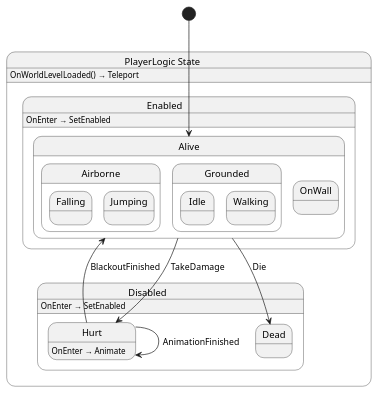
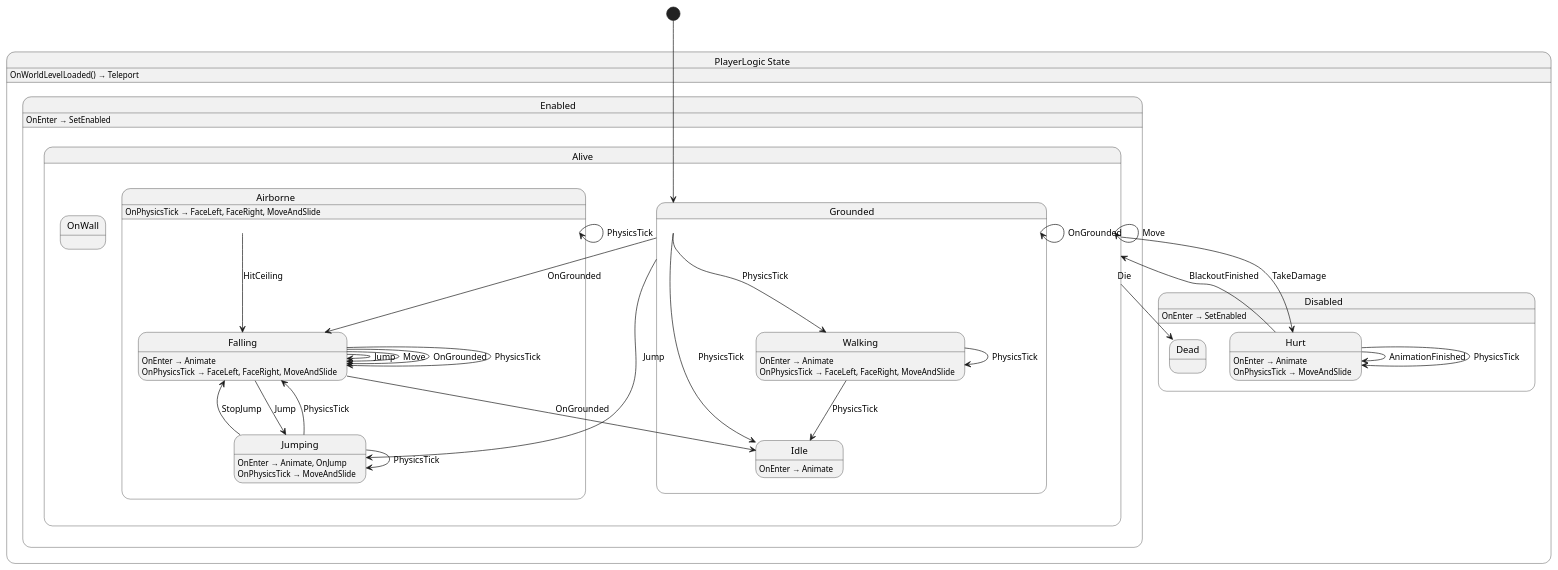
Before and after one commit to nilsiker/yolk: the diagram in Yolk.Logic/Player/PlayerLogic.g.puml, drawn with PlantUML. The commit also changed 15 other files, not shown here.

Commit message:
wip: player double jump

```diff
--- a/Yolk.Logic/Player/PlayerLogic.g.puml
+++ b/Yolk.Logic/Player/PlayerLogic.g.puml
@@ -1,33 +1,62 @@
 @startuml PlayerLogic
 state "PlayerLogic State" as Yolk_Logic_Player_PlayerLogic_State {
   state "Disabled" as Yolk_Logic_Player_PlayerLogic_State_Disabled {
     state "Dead" as Yolk_Logic_Player_PlayerLogic_State_Disabled_Dead
     state "Hurt" as Yolk_Logic_Player_PlayerLogic_State_Disabled_Hurt
   }
   state "Enabled" as Yolk_Logic_Player_PlayerLogic_State_Enabled {
     state "Alive" as Yolk_Logic_Player_PlayerLogic_State_Enabled_Alive {
       state "Airborne" as Yolk_Logic_Player_PlayerLogic_State_Enabled_Alive_Airborne {
         state "Falling" as Yolk_Logic_Player_PlayerLogic_State_Enabled_Alive_Airborne_Falling
         state "Jumping" as Yolk_Logic_Player_PlayerLogic_State_Enabled_Alive_Airborne_Jumping
       }
       state "Grounded" as Yolk_Logic_Player_PlayerLogic_State_Enabled_Alive_Grounded {
         state "Idle" as Yolk_Logic_Player_PlayerLogic_State_Enabled_Alive_Grounded_Idle
         state "Walking" as Yolk_Logic_Player_PlayerLogic_State_Enabled_Alive_Grounded_Walking
       }
       state "OnWall" as Yolk_Logic_Player_PlayerLogic_State_Enabled_Alive_OnWall
     }
   }
 }
 
 Yolk_Logic_Player_PlayerLogic_State_Disabled_Hurt --> Yolk_Logic_Player_PlayerLogic_State_Disabled_Hurt : AnimationFinished
+Yolk_Logic_Player_PlayerLogic_State_Disabled_Hurt --> Yolk_Logic_Player_PlayerLogic_State_Disabled_Hurt : PhysicsTick
 Yolk_Logic_Player_PlayerLogic_State_Disabled_Hurt --> Yolk_Logic_Player_PlayerLogic_State_Enabled_Alive : BlackoutFinished
 Yolk_Logic_Player_PlayerLogic_State_Enabled_Alive --> Yolk_Logic_Player_PlayerLogic_State_Disabled_Dead : Die
 Yolk_Logic_Player_PlayerLogic_State_Enabled_Alive --> Yolk_Logic_Player_PlayerLogic_State_Disabled_Hurt : TakeDamage
+Yolk_Logic_Player_PlayerLogic_State_Enabled_Alive --> Yolk_Logic_Player_PlayerLogic_State_Enabled_Alive : Move
+Yolk_Logic_Player_PlayerLogic_State_Enabled_Alive_Airborne --> Yolk_Logic_Player_PlayerLogic_State_Enabled_Alive_Airborne : PhysicsTick
+Yolk_Logic_Player_PlayerLogic_State_Enabled_Alive_Airborne --> Yolk_Logic_Player_PlayerLogic_State_Enabled_Alive_Airborne_Falling : HitCeiling
+Yolk_Logic_Player_PlayerLogic_State_Enabled_Alive_Airborne_Falling --> Yolk_Logic_Player_PlayerLogic_State_Enabled_Alive_Airborne_Falling : Jump
+Yolk_Logic_Player_PlayerLogic_State_Enabled_Alive_Airborne_Falling --> Yolk_Logic_Player_PlayerLogic_State_Enabled_Alive_Airborne_Falling : Move
+Yolk_Logic_Player_PlayerLogic_State_Enabled_Alive_Airborne_Falling --> Yolk_Logic_Player_PlayerLogic_State_Enabled_Alive_Airborne_Falling : OnGrounded
+Yolk_Logic_Player_PlayerLogic_State_Enabled_Alive_Airborne_Falling --> Yolk_Logic_Player_PlayerLogic_State_Enabled_Alive_Airborne_Falling : PhysicsTick
+Yolk_Logic_Player_PlayerLogic_State_Enabled_Alive_Airborne_Falling --> Yolk_Logic_Player_PlayerLogic_State_Enabled_Alive_Airborne_Jumping : Jump
+Yolk_Logic_Player_PlayerLogic_State_Enabled_Alive_Airborne_Falling --> Yolk_Logic_Player_PlayerLogic_State_Enabled_Alive_Grounded_Idle : OnGrounded
+Yolk_Logic_Player_PlayerLogic_State_Enabled_Alive_Airborne_Jumping --> Yolk_Logic_Player_PlayerLogic_State_Enabled_Alive_Airborne_Falling : PhysicsTick
+Yolk_Logic_Player_PlayerLogic_State_Enabled_Alive_Airborne_Jumping --> Yolk_Logic_Player_PlayerLogic_State_Enabled_Alive_Airborne_Falling : StopJump
+Yolk_Logic_Player_PlayerLogic_State_Enabled_Alive_Airborne_Jumping --> Yolk_Logic_Player_PlayerLogic_State_Enabled_Alive_Airborne_Jumping : PhysicsTick
+Yolk_Logic_Player_PlayerLogic_State_Enabled_Alive_Grounded --> Yolk_Logic_Player_PlayerLogic_State_Enabled_Alive_Airborne_Falling : OnGrounded
+Yolk_Logic_Player_PlayerLogic_State_Enabled_Alive_Grounded --> Yolk_Logic_Player_PlayerLogic_State_Enabled_Alive_Airborne_Jumping : Jump
+Yolk_Logic_Player_PlayerLogic_State_Enabled_Alive_Grounded --> Yolk_Logic_Player_PlayerLogic_State_Enabled_Alive_Grounded : OnGrounded
+Yolk_Logic_Player_PlayerLogic_State_Enabled_Alive_Grounded --> Yolk_Logic_Player_PlayerLogic_State_Enabled_Alive_Grounded_Idle : PhysicsTick
+Yolk_Logic_Player_PlayerLogic_State_Enabled_Alive_Grounded --> Yolk_Logic_Player_PlayerLogic_State_Enabled_Alive_Grounded_Walking : PhysicsTick
+Yolk_Logic_Player_PlayerLogic_State_Enabled_Alive_Grounded_Walking --> Yolk_Logic_Player_PlayerLogic_State_Enabled_Alive_Grounded_Idle : PhysicsTick
+Yolk_Logic_Player_PlayerLogic_State_Enabled_Alive_Grounded_Walking --> Yolk_Logic_Player_PlayerLogic_State_Enabled_Alive_Grounded_Walking : PhysicsTick
 
 Yolk_Logic_Player_PlayerLogic_State : OnWorldLevelLoaded() → Teleport
 Yolk_Logic_Player_PlayerLogic_State_Disabled : OnEnter → SetEnabled
 Yolk_Logic_Player_PlayerLogic_State_Disabled_Hurt : OnEnter → Animate
+Yolk_Logic_Player_PlayerLogic_State_Disabled_Hurt : OnPhysicsTick → MoveAndSlide
 Yolk_Logic_Player_PlayerLogic_State_Enabled : OnEnter → SetEnabled
+Yolk_Logic_Player_PlayerLogic_State_Enabled_Alive_Airborne : OnPhysicsTick → FaceLeft, FaceRight, MoveAndSlide
+Yolk_Logic_Player_PlayerLogic_State_Enabled_Alive_Airborne_Falling : OnEnter → Animate
+Yolk_Logic_Player_PlayerLogic_State_Enabled_Alive_Airborne_Falling : OnPhysicsTick → FaceLeft, FaceRight, MoveAndSlide
+Yolk_Logic_Player_PlayerLogic_State_Enabled_Alive_Airborne_Jumping : OnEnter → Animate, OnJump
+Yolk_Logic_Player_PlayerLogic_State_Enabled_Alive_Airborne_Jumping : OnPhysicsTick → MoveAndSlide
+Yolk_Logic_Player_PlayerLogic_State_Enabled_Alive_Grounded_Idle : OnEnter → Animate
+Yolk_Logic_Player_PlayerLogic_State_Enabled_Alive_Grounded_Walking : OnEnter → Animate
+Yolk_Logic_Player_PlayerLogic_State_Enabled_Alive_Grounded_Walking : OnPhysicsTick → FaceLeft, FaceRight, MoveAndSlide
 
-[*] --> Yolk_Logic_Player_PlayerLogic_State_Enabled_Alive
+[*] --> Yolk_Logic_Player_PlayerLogic_State_Enabled_Alive_Grounded
 @enduml
```
